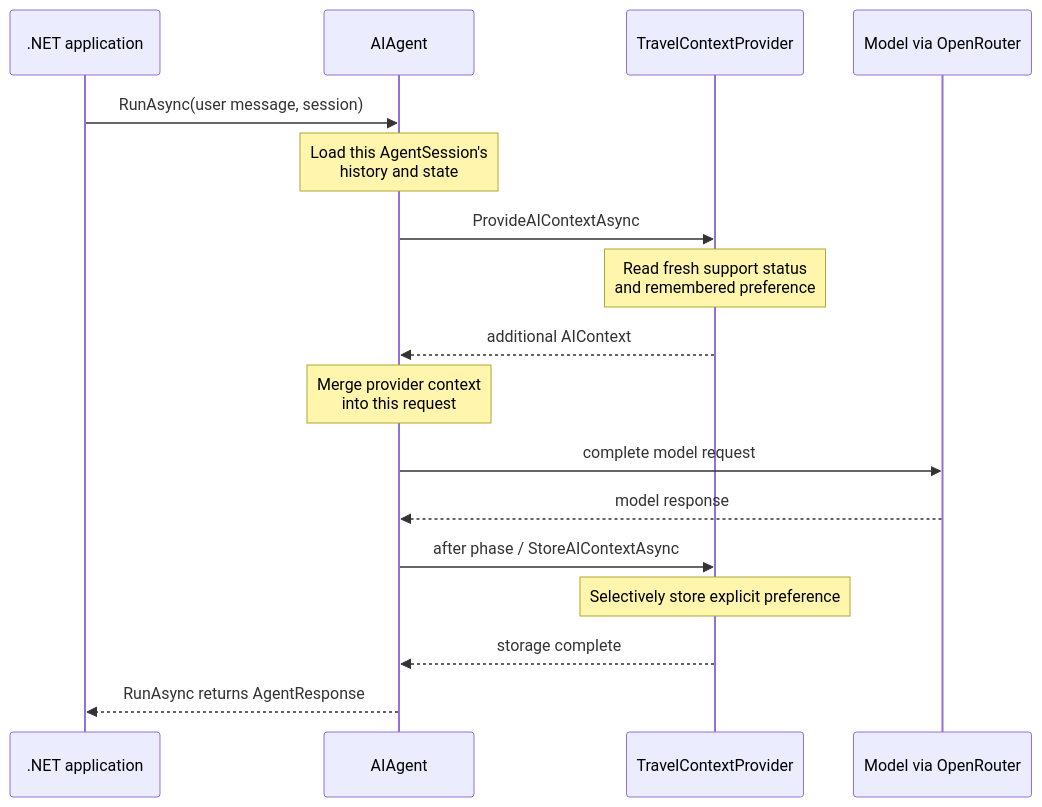
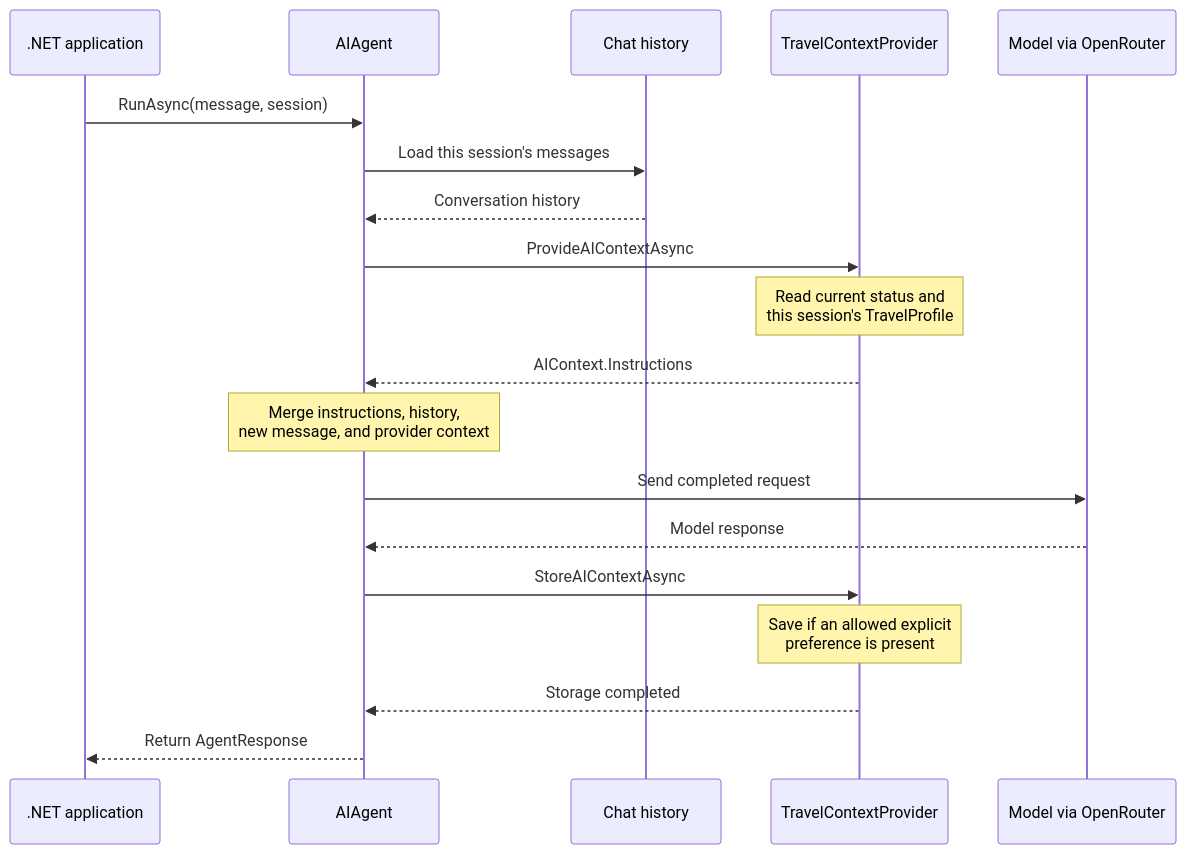
One commit to SunilPrasad/ai-agent changed the diagram in 14-context-and-memory-complete-guide/README.md. Above: the diagram before and after it, drawn with Mermaid. The commit also changed other lines of this file and 14 other files, not shown here.

````diff
--- a/14-context-and-memory-complete-guide/README.md
+++ b/14-context-and-memory-complete-guide/README.md
@@ -47,20 +65,22 @@
 ```mermaid
 sequenceDiagram
     participant App as .NET application
     participant Agent as AIAgent
+    participant History as Chat history
     participant Provider as TravelContextProvider
     participant Model as Model via OpenRouter
 
-    App->>Agent: RunAsync(user message, session)
-    Note over Agent: Load this AgentSession's<br/>history and state
+    App->>Agent: RunAsync(message, session)
+    Agent->>History: Load this session's messages
+    History-->>Agent: Conversation history
     Agent->>Provider: ProvideAIContextAsync
-    Note over Provider: Read fresh support status<br/>and remembered preference
-    Provider-->>Agent: additional AIContext
-    Note over Agent: Merge provider context<br/>into this request
-    Agent->>Model: complete model request
-    Model-->>Agent: model response
-    Agent->>Provider: after phase / StoreAIContextAsync
-    Note over Provider: Selectively store explicit preference
-    Provider-->>Agent: storage complete
-    Agent-->>App: RunAsync returns AgentResponse
+    Note over Provider: Read current status and<br/>this session's TravelProfile
+    Provider-->>Agent: AIContext.Instructions
+    Note over Agent: Merge instructions, history,<br/>new message, and provider context
+    Agent->>Model: Send completed request
+    Model-->>Agent: Model response
+    Agent->>Provider: StoreAIContextAsync
+    Note over Provider: Save if an allowed explicit<br/>preference is present
+    Provider-->>Agent: Storage completed
+    Agent-->>App: Return AgentResponse
 ```
````
